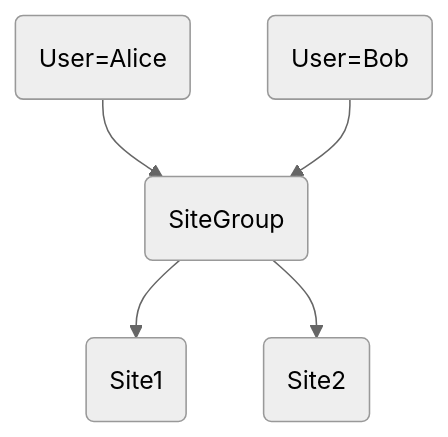
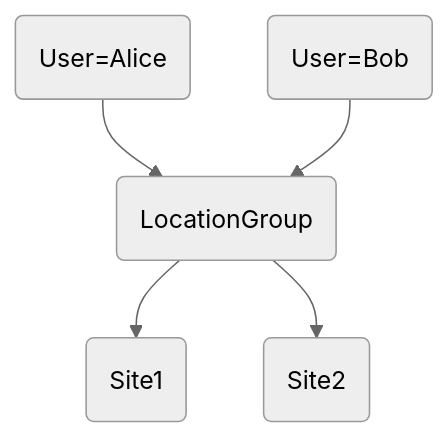
The sixth of 7 diagrams in README.md (openclimatefix/pv-site-datamodel), drawn with Mermaid (neutral theme) before and after one commit. The commit also changed other lines of this file, not shown here.

````diff
--- a/README.md
+++ b/README.md
@@ -362,7 +377,7 @@
 ```mermaid
   graph TD;
-      A1(User=Alice)-->B(SiteGroup);
-A2(User=Bob)-->B(SiteGroup);
+      A1(User=Alice)-->B(LocationGroup);
+A2(User=Bob)-->B(LocationGroup);
       B --> C1(Site1);
 B --> C2(Site2);
 ```
````
